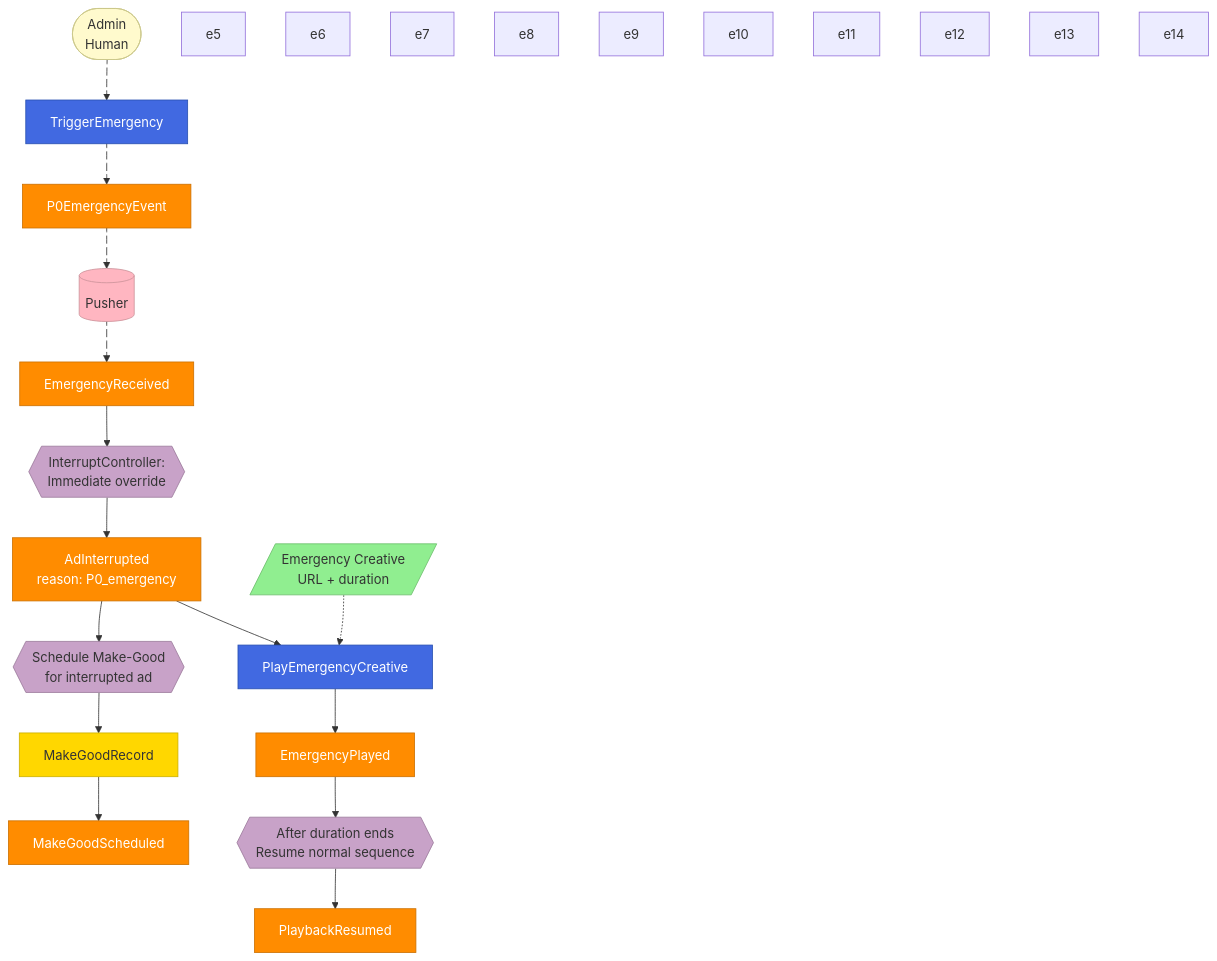
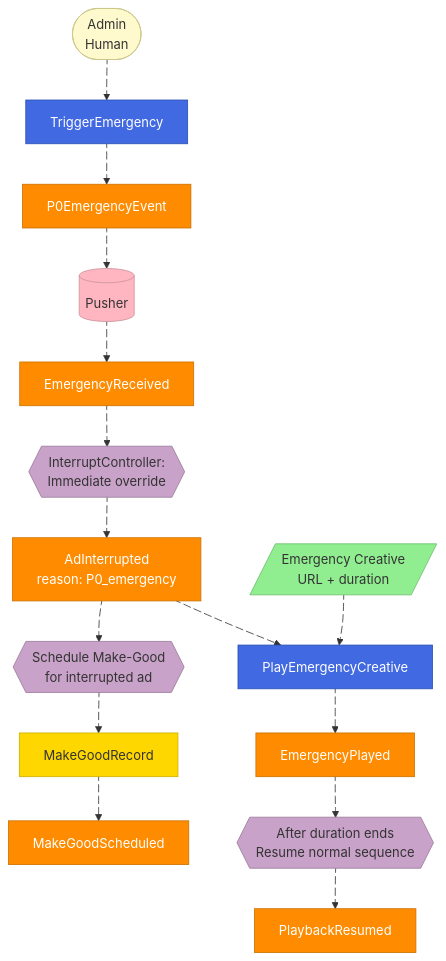
One commit to wasikarn/jira-generator changed the diagram in scripts/diagrams/10-5-process-emergency.mmd. Above: the diagram before and after it, drawn with Mermaid. The commit also changed other lines of this file and 3 other files, not shown here.

```diff
--- a/scripts/diagrams/10-5-process-emergency.mmd
+++ b/scripts/diagrams/10-5-process-emergency.mmd
@@ -1,75 +1,75 @@
 flowchart TD
     A_ADMIN(["Admin<br/>Human"])
     C_TRIGGER["TriggerEmergency"]
     E_P0["P0EmergencyEvent"]
     EXT_PUSHER[("Pusher")]
     E_RECEIVED["EmergencyReceived"]
     POL_IC{{"InterruptController:<br/>Immediate override"}}
     E_INTERRUPTED["AdInterrupted<br/>reason: P0_emergency"]
     C_PLAY["PlayEmergencyCreative"]
     RM_CREATIVE[/"Emergency Creative<br/>URL + duration"/]
     E_PLAYED["EmergencyPlayed"]
     POL_MG{{"Schedule Make-Good<br/>for interrupted ad"}}
     AGG_MG["MakeGoodRecord"]
     E_MG["MakeGoodScheduled"]
     POL_END{{"After duration ends<br/>Resume normal sequence"}}
     E_RESUMED["PlaybackResumed"]
 
     A_ADMIN e2@--> C_TRIGGER
     C_TRIGGER e3@--> E_P0
     E_P0 e1@--> EXT_PUSHER
     EXT_PUSHER e4@--> E_RECEIVED
+    E_RECEIVED e5@--> POL_IC
+    POL_IC e6@--> E_INTERRUPTED
+    E_INTERRUPTED e7@--> C_PLAY
+    RM_CREATIVE e8@-.-> C_PLAY
+    C_PLAY e9@--> E_PLAYED
+    E_PLAYED e10@--> POL_END
+    POL_END e11@--> E_RESUMED
+
+    E_INTERRUPTED e12@--> POL_MG
+    POL_MG e13@--> AGG_MG
+    AGG_MG e14@--> E_MG
     e1@{ animation: fast }
     e2@{ animation: fast }
     e3@{ animation: fast }
     e4@{ animation: slow }
     e5@{ animation: fast }
     e6@{ animation: fast }
     e7@{ animation: fast }
     e8@{ animation: fast }
     e9@{ animation: fast }
     e10@{ animation: fast }
     e11@{ animation: fast }
     e12@{ animation: fast }
     e13@{ animation: fast }
     e14@{ animation: fast }
-    E_RECEIVED e5@--> POL_IC
-    POL_IC e6@--> E_INTERRUPTED
-    E_INTERRUPTED e7@--> C_PLAY
-    RM_CREATIVE e8@-.-> C_PLAY
-    C_PLAY e9@--> E_PLAYED
-    E_PLAYED e10@--> POL_END
-    POL_END e11@--> E_RESUMED
-
-    E_INTERRUPTED e12@--> POL_MG
-    POL_MG e13@--> AGG_MG
-    AGG_MG e14@--> E_MG
 
     %% Events - Orange
     style E_P0 fill:#FF8C00,stroke:#CC7000,color:#fff
     style E_RECEIVED fill:#FF8C00,stroke:#CC7000,color:#fff
     style E_INTERRUPTED fill:#FF8C00,stroke:#CC7000,color:#fff
     style E_PLAYED fill:#FF8C00,stroke:#CC7000,color:#fff
     style E_RESUMED fill:#FF8C00,stroke:#CC7000,color:#fff
     style E_MG fill:#FF8C00,stroke:#CC7000,color:#fff
 
     %% Commands - Blue
     style C_TRIGGER fill:#4169E1,stroke:#2850B0,color:#fff
     style C_PLAY fill:#4169E1,stroke:#2850B0,color:#fff
 
     %% Aggregates - Yellow
     style AGG_MG fill:#FFD700,stroke:#CCB000,color:#333
 
     %% Policies - Lilac
     style POL_IC fill:#C8A2C8,stroke:#9B7A9B,color:#333
     style POL_MG fill:#C8A2C8,stroke:#9B7A9B,color:#333
     style POL_END fill:#C8A2C8,stroke:#9B7A9B,color:#333
 
     %% Actor - Light Yellow
     style A_ADMIN fill:#FFFACD,stroke:#CCC88A,color:#333
 
     %% Read Model - Green
     style RM_CREATIVE fill:#90EE90,stroke:#6BBE6B,color:#333
 
     %% External - Pink
     style EXT_PUSHER fill:#FFB6C1,stroke:#CC929A,color:#333
```
